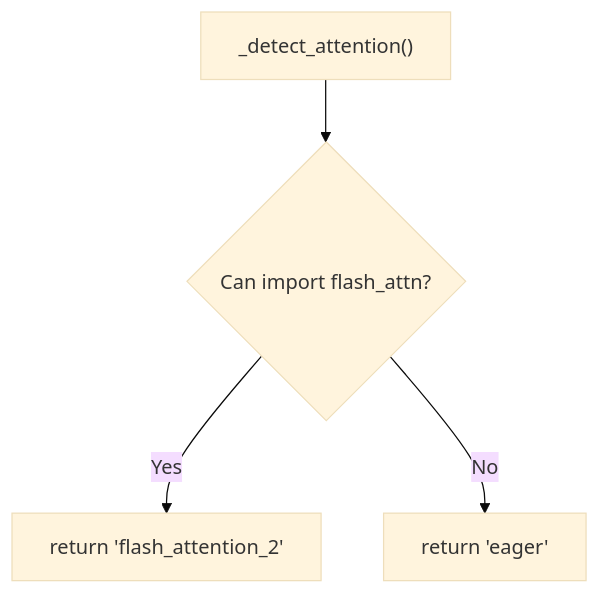
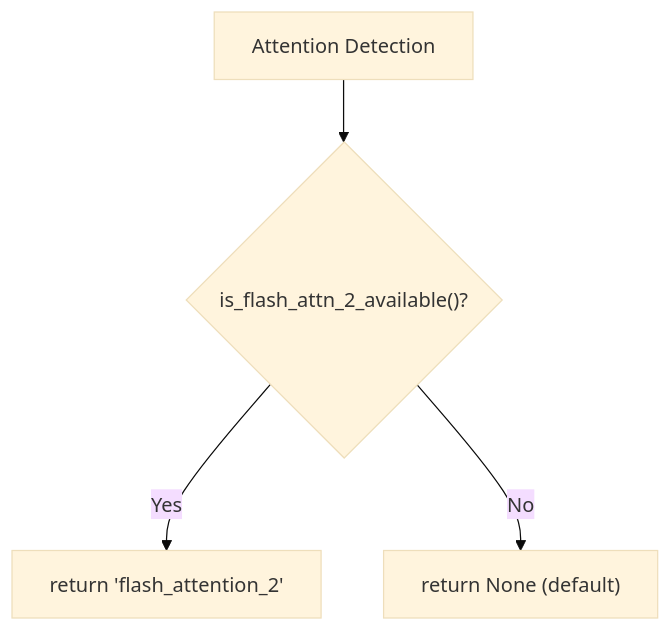
Before and after one commit to akosgintl/colpali-rag-app: the fifth of 6 diagrams in docs/modules/colpali.md, drawn with Mermaid (base theme). The commit also changed other lines of this file and 42 other files, not shown here.

````diff
--- a/docs/modules/colpali.md
+++ b/docs/modules/colpali.md
@@ -157,13 +161,13 @@
 ```mermaid
 graph TD
-    Start["_detect_attention()"]
+    Start["Attention Detection"]
 
-    ImportFA{"Can import flash_attn?"}
+    CheckFA{"is_flash_attn_2_available()?"}
 
     RetFA2["return 'flash_attention_2'"]
-    RetEager["return 'eager'"]
+    RetNone["return None (default)"]
 
-    Start --> ImportFA
-    ImportFA -->|Yes| RetFA2
-    ImportFA -->|No| RetEager
+    Start --> CheckFA
+    CheckFA -->|Yes| RetFA2
+    CheckFA -->|No| RetNone
 ```
````
